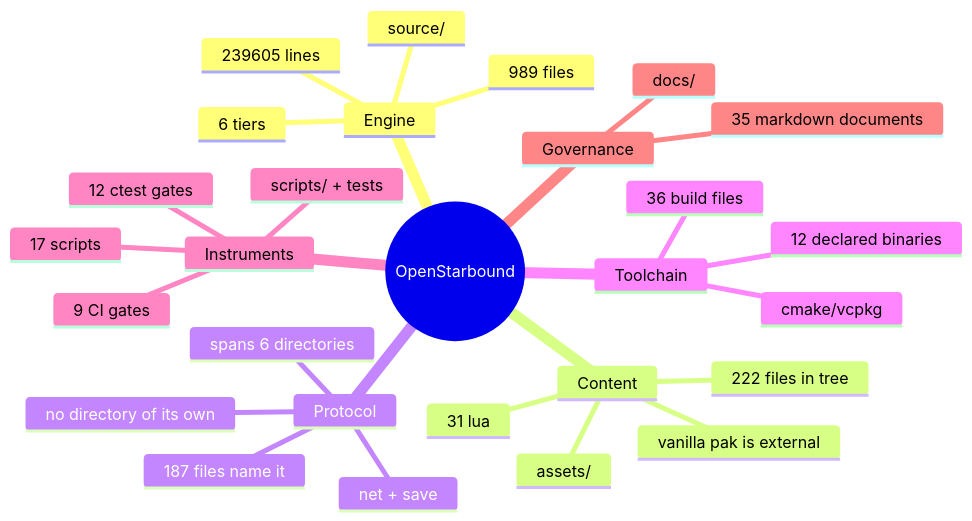
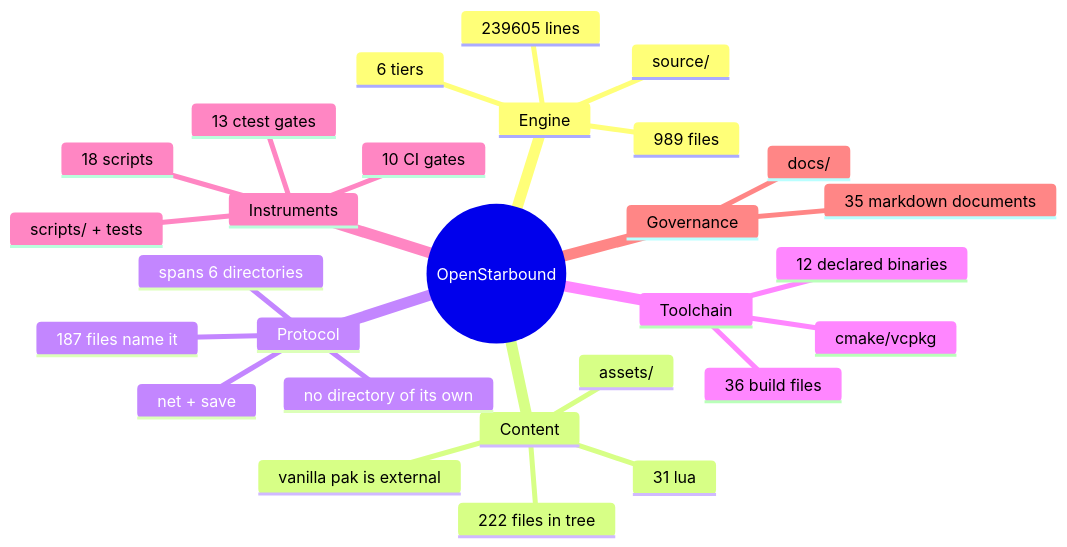
Before and after one commit to apnex/OpenStarbound: the second of 11 diagrams in docs/architecture/system-boundaries.md, drawn with Mermaid. The commit also changed 3 other files, not shown here.

````diff
--- a/docs/architecture/system-boundaries.md
+++ b/docs/architecture/system-boundaries.md
@@ -166,31 +166,31 @@
 ```mermaid
 mindmap
   root((OpenStarbound))
     Engine
       source/
       989 files
       239605 lines
       6 tiers
     Content
       assets/
       222 files in tree
       31 lua
       vanilla pak is external
     Protocol
       net + save
       187 files name it
       spans 6 directories
       no directory of its own
     Toolchain
       cmake/vcpkg
       36 build files
       12 declared binaries
     Instruments
       scripts/ + tests
-      17 scripts
-      12 ctest gates
-      9 CI gates
+      18 scripts
+      13 ctest gates
+      10 CI gates
     Governance
       docs/
       35 markdown documents
 ```
````
